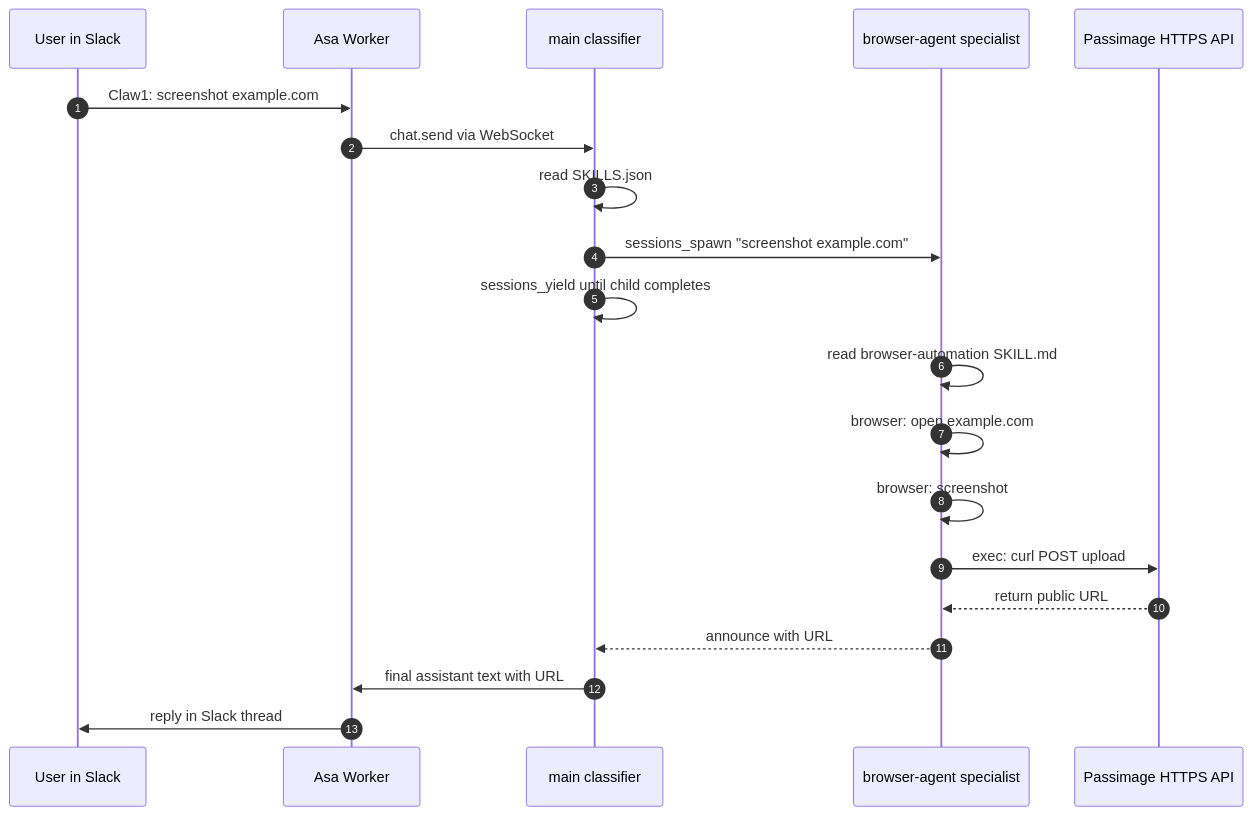
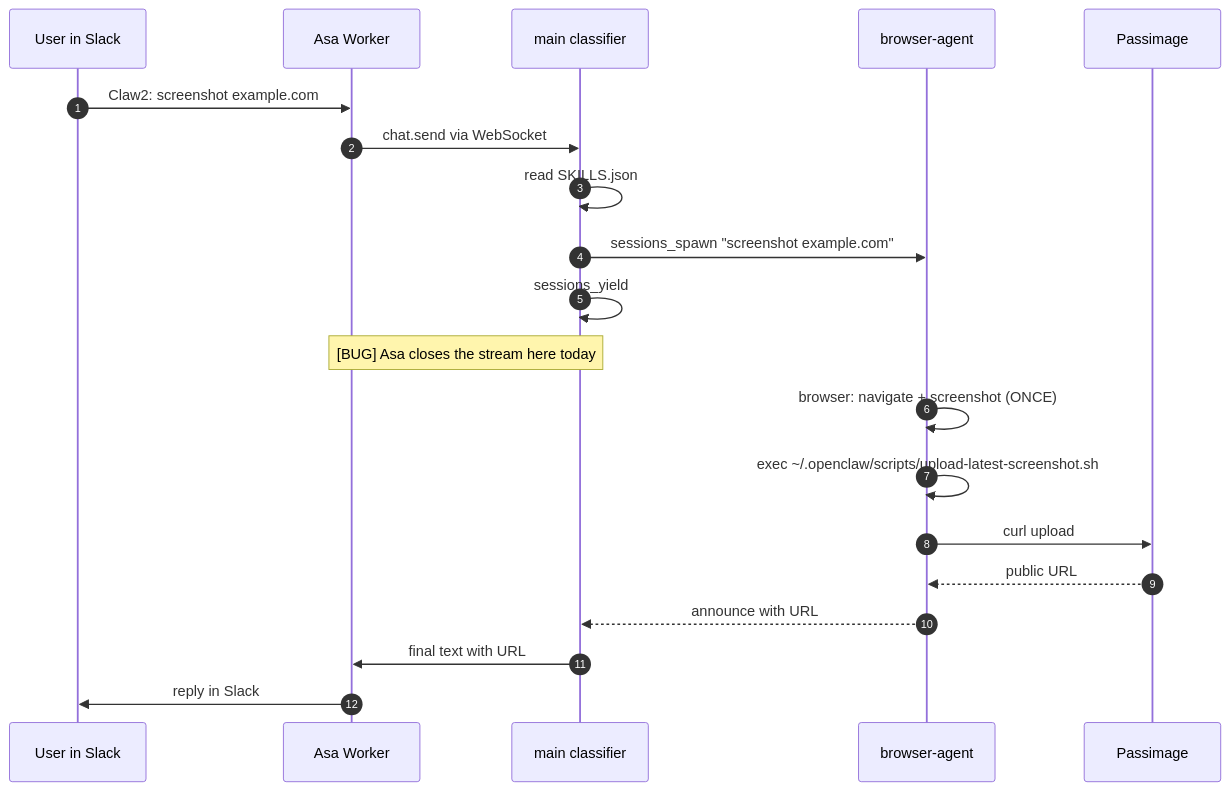
The second of 2 diagrams in DESIGN.md (linkgrid/openclaw-skill.crawlnode.com), drawn with Mermaid before and after one commit. The commit also changed other lines of this file and 1 other file, not shown here.

````diff
--- a/DESIGN.md
+++ b/DESIGN.md
@@ -95,23 +78,23 @@
 ```mermaid
 sequenceDiagram
     autonumber
     participant U as User in Slack
     participant A as Asa Worker
     participant C as main classifier
-    participant B as browser-agent specialist
-    participant P as Passimage HTTPS API
-    
-    U->>A: Claw1: screenshot example.com
+    participant B as browser-agent
+    participant P as Passimage
+
+    U->>A: Claw2: screenshot example.com
     A->>C: chat.send via WebSocket
     C->>C: read SKILLS.json
     C->>B: sessions_spawn "screenshot example.com"
-    C->>C: sessions_yield until child completes
-    B->>B: read browser-automation SKILL.md
-    B->>B: browser: open example.com
-    B->>B: browser: screenshot
-    B->>P: exec: curl POST upload
-    P-->>B: return public URL
+    C->>C: sessions_yield
+    Note over A,C: [BUG] Asa closes the stream here today
+    B->>B: browser: navigate + screenshot (ONCE)
+    B->>B: exec ~/.openclaw/scripts/upload-latest-screenshot.sh
+    B->>P: curl upload
+    P-->>B: public URL
     B-->>C: announce with URL
-    C->>A: final assistant text with URL
-    A->>U: reply in Slack thread
+    C->>A: final text with URL
+    A->>U: reply in Slack
 ```
````
